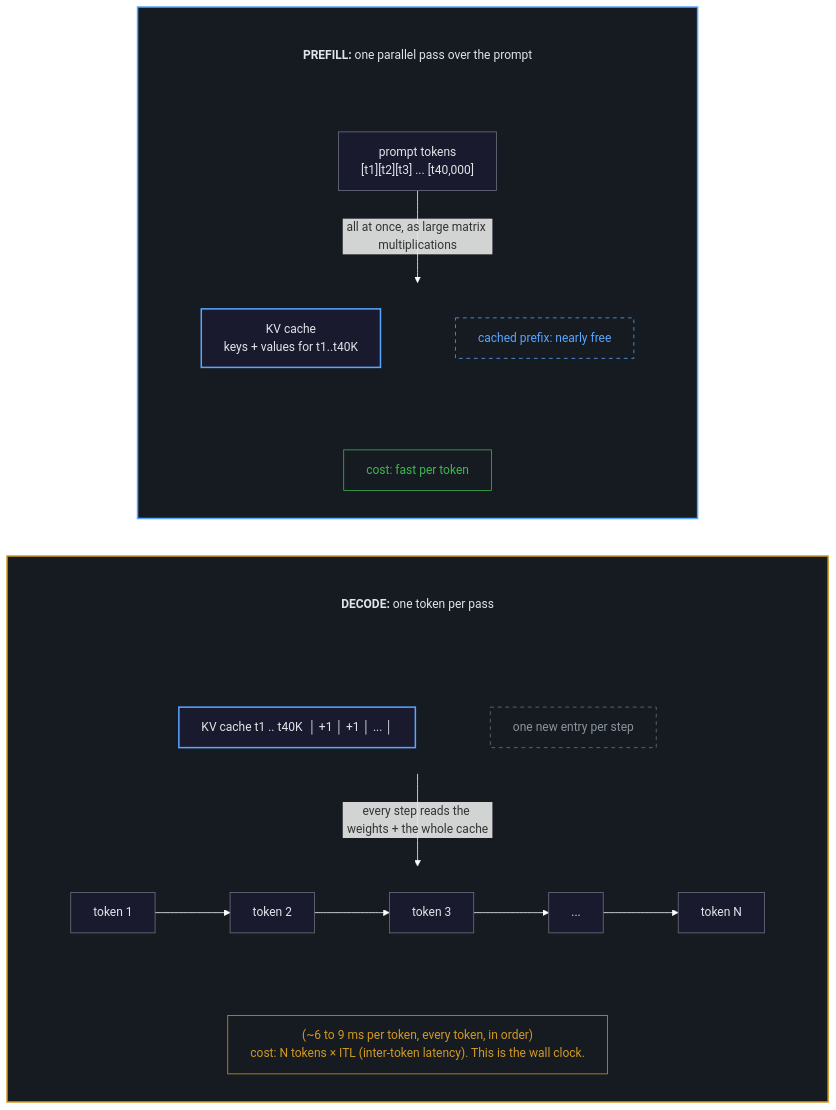
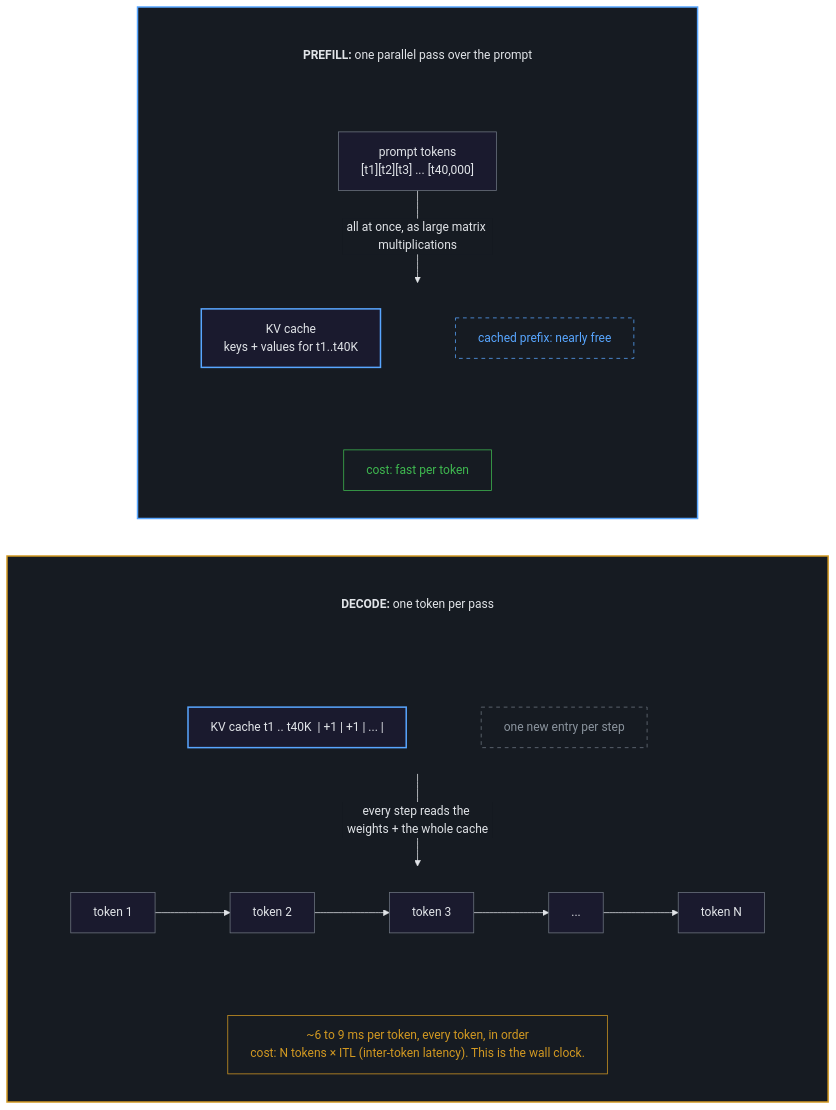
The diagram in src/assets/kv-cache-dark.mmd (Sanctum-Origo-Systems/andywidjaja.com), drawn with Mermaid before and after one commit. The commit also changed 16 other files, not shown here.

```diff
--- a/src/assets/kv-cache-dark.mmd
+++ b/src/assets/kv-cache-dark.mmd
@@ -1,58 +1,58 @@
-%%{init: {"themeVariables": {"lineColor": "#ffffff"}, "flowchart": {"wrappingWidth": 520}}}%%
+%%{init: {"theme": "base", "themeVariables": {"lineColor": "#e1e4e8", "edgeLabelBackground": "#161b22", "primaryTextColor": "#e1e4e8"}, "flowchart": {"wrappingWidth": 520}}}%%
 flowchart TB
     subgraph prefill[" "]
         direction TB
         PH["<b>PREFILL:</b> one parallel pass over the prompt"]
         PH ~~~ P
         P["prompt tokens<br/>[t1][t2][t3] ... [t40,000]"]
         subgraph kvRow[" "]
             direction LR
             KV1["KV cache<br/>keys + values for t1..t40K"]
             CP["cached prefix: nearly free"]
         end
         P -->|"all at once, as large matrix multiplications"| kvRow
         KV1 ~~~ CP
         PC["cost: fast per token"]
         kvRow ~~~ PC
     end
 
     subgraph decode[" "]
         direction TB
         DH["<b>DECODE:</b> one token per pass"]
         DH ~~~ cacheRow
         subgraph cacheRow[" "]
             direction LR
-            KVC["KV cache t1 .. t40K &nbsp;│ +1 │ +1 │ ... │"]
+            KVC["KV cache t1 .. t40K &nbsp;| +1 | +1 | ... |"]
             NE["one new entry per step"]
         end
         KVC ~~~ NE
         subgraph chainRow[" "]
             direction LR
             T1["token 1"] --> T2["token 2"] --> T3["token 3"] --> T4["..."] --> TN["token N"]
         end
         cacheRow -->|"every step reads the weights + the whole cache"| chainRow
-        DC["(~6 to 9 ms per token, every token, in order)<br/>cost: N tokens × ITL (inter-token latency). This is the wall clock."]
+        DC["~6 to 9 ms per token, every token, in order<br/>cost: N tokens × ITL (inter-token latency). This is the wall clock."]
         chainRow ~~~ DC
     end
 
     prefill ~~~ decode
 
     style prefill fill:#161b22,stroke:#58a6ff,color:#e1e4e8,stroke-width:2px
     style decode fill:#161b22,stroke:#d29922,color:#e1e4e8,stroke-width:2px
     style PH fill:none,stroke:none,color:#e1e4e8
     style DH fill:none,stroke:none,color:#e1e4e8
     style kvRow fill:none,stroke:none
     style cacheRow fill:none,stroke:none
     style chainRow fill:none,stroke:none
     style P fill:#1a1a2e,stroke:#6e7681,color:#e1e4e8
     style KV1 fill:#1a1a2e,stroke:#58a6ff,color:#e1e4e8,stroke-width:2px
     style CP fill:#161b22,stroke:#58a6ff,color:#58a6ff,stroke-dasharray:5 5
     style PC fill:#161b22,stroke:#3fb950,color:#3fb950
     style KVC fill:#1a1a2e,stroke:#58a6ff,color:#e1e4e8,stroke-width:2px
     style NE fill:#161b22,stroke:#6e7681,color:#8b949e,stroke-dasharray:5 5
     style T1 fill:#1a1a2e,stroke:#6e7681,color:#e1e4e8
     style T2 fill:#1a1a2e,stroke:#6e7681,color:#e1e4e8
     style T3 fill:#1a1a2e,stroke:#6e7681,color:#e1e4e8
     style T4 fill:#1a1a2e,stroke:#6e7681,color:#e1e4e8
     style TN fill:#1a1a2e,stroke:#6e7681,color:#e1e4e8
     style DC fill:#161b22,stroke:#d29922,color:#d29922
```
